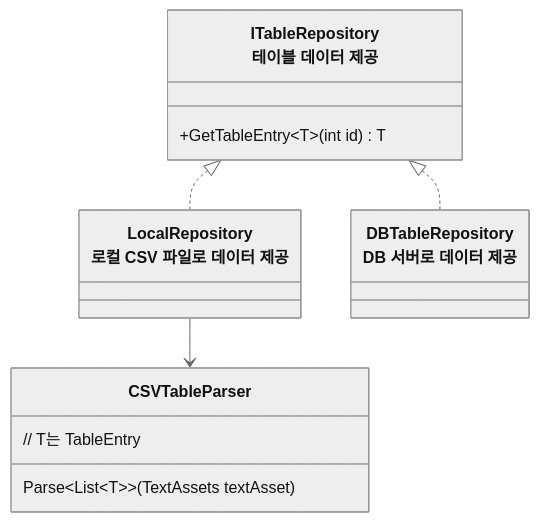
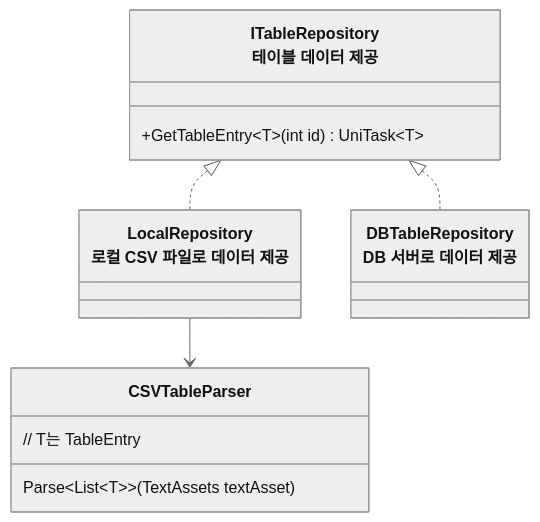
The diagram in README/데이터테이블_설계.md (JIN5EOK/DungeonShooter), drawn with Mermaid (neutral theme) before and after one commit. The commit also changed other lines of this file, not shown here.

````diff
--- a/README/데이터테이블_설계.md
+++ b/README/데이터테이블_설계.md
@@ -10,23 +10,23 @@
 ```mermaid
 classDiagram
     class ITableRepository["ITableRepository<br>테이블 데이터 제공"]{
-	    +GetTableEntry~T~(int id) T
+	    +GetTableEntry~T~(int id) UniTask~T~
 	}
 	
 	class LocalTableRepository["LocalRepository<br>로컬 CSV 파일로 데이터 제공"]{
 
 	}
 	
 	class DBTableRepository["DBTableRepository<br>DB 서버로 데이터 제공"]{
         
 	}
 	
 	class CSVTableParser{
 	    Parse~List~T~~(TextAssets textAsset) 
 	    // T는 TableEntry
     }
 	
 	ITableRepository <|.. LocalTableRepository
 	ITableRepository <|.. DBTableRepository
     LocalTableRepository --> CSVTableParser
 ```
````
